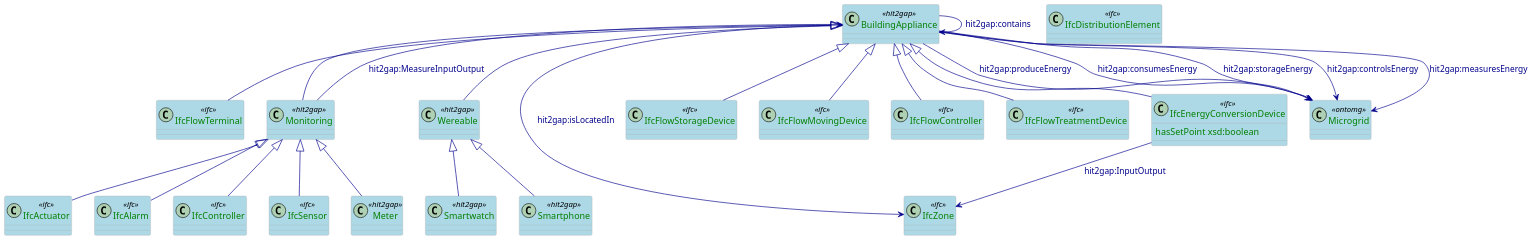
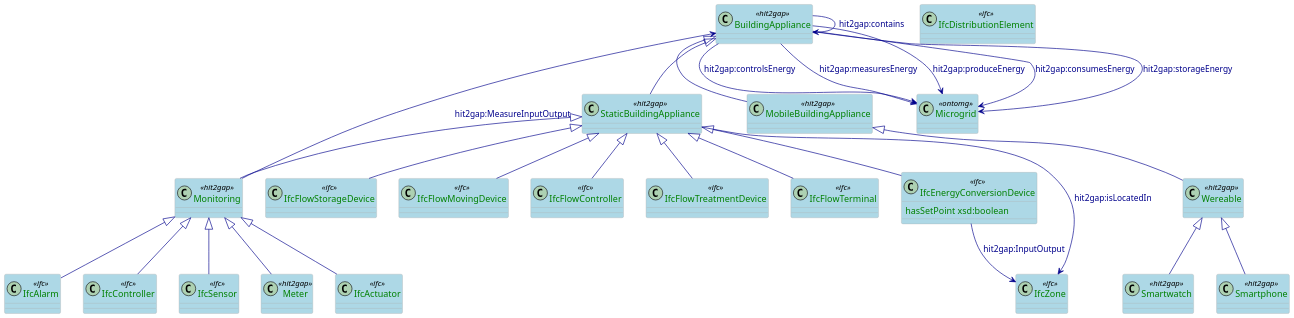
The diagram in docs/plantuml/BuildingAppliance.puml (HIT2GAP-EU-PROJECT/BEMOnt), drawn with PlantUML before and after one commit.

```diff
--- a/docs/plantuml/BuildingAppliance.puml
+++ b/docs/plantuml/BuildingAppliance.puml
@@ -1,68 +1,75 @@
 @startuml
 
 scale 0.5
 
 skinparam class {
   ArrowColor DarkBlue
   ArrowFontColor DarkBlue
   BackgroundColor LightBlue
   BorderColor DarkGrey
 }
 skinparam dpi 300
 skinparam stereotypeCBackgroundColor Wheat
 skinparam classAttributeFontColor  Green
 
 class BuildingAppliance <<hit2gap>>
+
+class StaticBuildingAppliance <<hit2gap>>
+class MobileBuildingAppliance <<hit2gap>>
+
 class IfcFlowTerminal <<ifc>>
 class Monitoring <<hit2gap>>
 class Wereable <<hit2gap>>
 class Smartwatch <<hit2gap>>
 class Smartphone <<hit2gap>>
 
 class IfcZone <<ifc>>
 class IfcActuator <<ifc>>
 class IfcAlarm <<ifc>>
 class IfcController <<ifc>>
 class IfcSensor <<ifc>>
 class Meter <<hit2gap>>
 
 class IfcDistributionElement <<ifc>>
 class IfcFlowStorageDevice <<ifc>>
 class IfcFlowMovingDevice <<ifc>>
 class IfcFlowController <<ifc>>
 class IfcFlowTreatmentDevice <<ifc>>
 class IfcEnergyConversionDevice <<ifc>> {
   hasSetPoint xsd:boolean
 }
 
 class Microgrid <<ontomg>>
 
-BuildingAppliance <|-- IfcFlowTerminal
-BuildingAppliance <|-- Monitoring
-BuildingAppliance <|-- Wereable
-BuildingAppliance --> IfcZone: hit2gap:isLocatedIn
+BuildingAppliance <|-- StaticBuildingAppliance 
+BuildingAppliance <|-- MobileBuildingAppliance 
+
+StaticBuildingAppliance <|-- IfcFlowTerminal
+StaticBuildingAppliance <|-- Monitoring
+MobileBuildingAppliance <|-- Wereable
+StaticBuildingAppliance --> IfcZone: hit2gap:isLocatedIn
 BuildingAppliance --> BuildingAppliance: hit2gap:contains
 Monitoring --> BuildingAppliance: hit2gap:MeasureInputOutput
 IfcEnergyConversionDevice --> IfcZone: hit2gap:InputOutput
-BuildingAppliance <|-- IfcFlowStorageDevice
-BuildingAppliance <|-- IfcFlowMovingDevice
-BuildingAppliance <|-- IfcFlowController
-BuildingAppliance <|-- IfcFlowTreatmentDevice
-BuildingAppliance <|-- IfcEnergyConversionDevice
+StaticBuildingAppliance <|-- IfcFlowStorageDevice
+StaticBuildingAppliance <|-- IfcFlowMovingDevice
+StaticBuildingAppliance <|-- IfcFlowController
+StaticBuildingAppliance <|-- IfcFlowTreatmentDevice
+StaticBuildingAppliance <|-- IfcEnergyConversionDevice
 
 Wereable <|-- Smartwatch
 Wereable <|-- Smartphone
 
 Monitoring <|-- IfcSensor
 Monitoring <|-- IfcActuator
 Monitoring <|-- IfcAlarm
 Monitoring <|-- IfcController
 Monitoring <|-- Meter
 
 BuildingAppliance --> Microgrid: hit2gap:produceEnergy
 BuildingAppliance --> Microgrid: hit2gap:consumesEnergy
 BuildingAppliance --> Microgrid: hit2gap:storageEnergy
 BuildingAppliance --> Microgrid: hit2gap:controlsEnergy
 BuildingAppliance --> Microgrid: hit2gap:measuresEnergy
 
 @enduml
```
